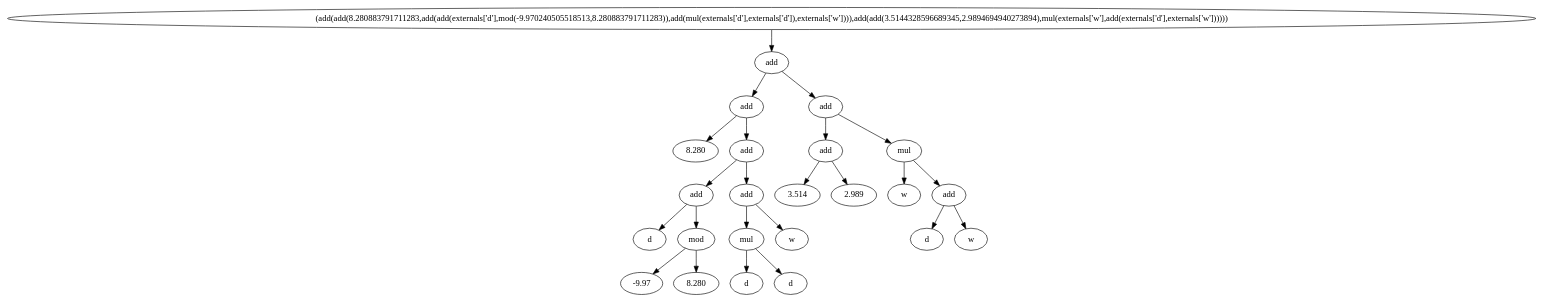
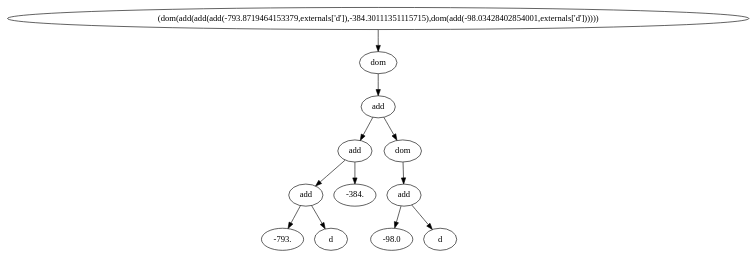
Before and after one commit to munifgebara/josilTs: the diagram in report/best.dot, drawn with Graphviz. The commit also changed 13 other files, not shown here.

```diff
--- a/report/best.dot
+++ b/report/best.dot
@@ -1,49 +1,25 @@
- digraph G33114336 {
-N33114336 [label="(add(add(8.280883791711283,add(add(externals['d'],mod(-9.970240505518513,8.280883791711283)),add(mul(externals['d'],externals['d']),externals['w']))),add(add(3.5144328596689345,2.9894694940273894),mul(externals['w'],add(externals['d'],externals['w'])))))"];
-N33114336 -> N33114337;
-N33114337 [label="add"];
-N33114337 -> N33114338;
-N33114338 [label="add"];
-N33114338 -> N33114360;
-N33114360 [label="8.280"];
-N33114338 -> N33114340;
-N33114340 [label="add"];
-N33114340 -> N33114341;
-N33114341 [label="add"];
-N33114341 -> N33114342;
-N33114342 [label="d"];
-N33114341 -> N33114343;
-N33114343 [label="mod"];
-N33114343 -> N33114344;
-N33114344 [label="-9.97"];
-N33114343 -> N33114345;
-N33114345 [label="8.280"];
-N33114340 -> N33114346;
-N33114346 [label="add"];
-N33114346 -> N33114347;
-N33114347 [label="mul"];
-N33114347 -> N33114348;
-N33114348 [label="d"];
-N33114347 -> N33114349;
-N33114349 [label="d"];
-N33114346 -> N33114350;
-N33114350 [label="w"];
-N33114337 -> N33114351;
-N33114351 [label="add"];
-N33114351 -> N33114352;
-N33114352 [label="add"];
-N33114352 -> N33114353;
-N33114353 [label="3.514"];
-N33114352 -> N33114354;
-N33114354 [label="2.989"];
-N33114351 -> N33114355;
-N33114355 [label="mul"];
-N33114355 -> N33114356;
-N33114356 [label="w"];
-N33114355 -> N33114357;
-N33114357 [label="add"];
-N33114357 -> N33114358;
-N33114358 [label="d"];
-N33114357 -> N33114359;
-N33114359 [label="w"];
+ digraph G13468328 {
+N13468328 [label="(dom(add(add(add(-793.8719464153379,externals['d']),-384.30111351115715),dom(add(-98.03428402854001,externals['d'])))))"];
+N13468328 -> N13468329;
+N13468329 [label="dom"];
+N13468329 -> N13468330;
+N13468330 [label="add"];
+N13468330 -> N13468331;
+N13468331 [label="add"];
+N13468331 -> N13468423;
+N13468423 [label="add"];
+N13468423 -> N13468424;
+N13468424 [label="-793."];
+N13468423 -> N13468425;
+N13468425 [label="d"];
+N13468331 -> N13468334;
+N13468334 [label="-384."];
+N13468330 -> N13468335;
+N13468335 [label="dom"];
+N13468335 -> N13468336;
+N13468336 [label="add"];
+N13468336 -> N13468337;
+N13468337 [label="-98.0"];
+N13468336 -> N13468338;
+N13468338 [label="d"];
 }
```
